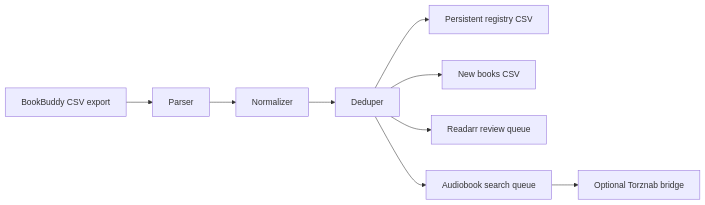
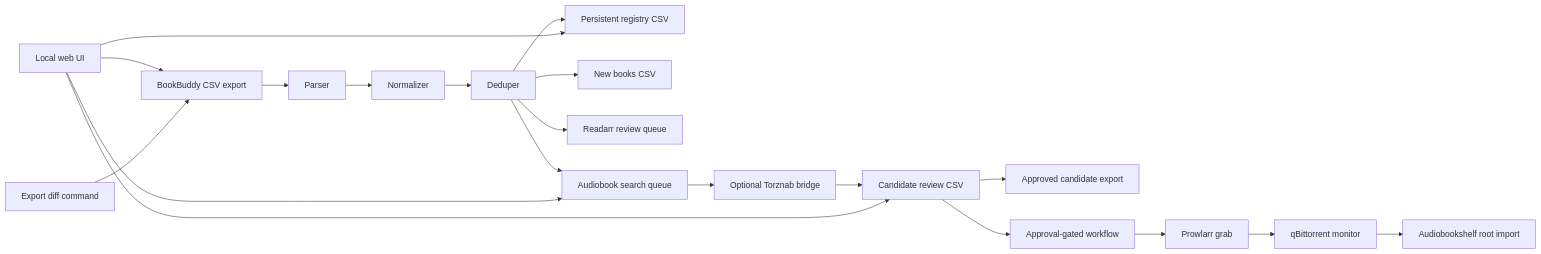
The diagram in docs/architecture.md (Nassau-1/BookBuddARR), drawn with Mermaid before and after one commit. The commit also changed other lines of this file and 32 other files, not shown here.

Commit message:
Add approval-gated Docker workflow

````diff
--- a/docs/architecture.md
+++ b/docs/architecture.md
@@ -5,11 +5,22 @@
 ```mermaid
 flowchart LR
   A["BookBuddy CSV export"] --> B["Parser"]
   B --> C["Normalizer"]
   C --> D["Deduper"]
   D --> E["Persistent registry CSV"]
   D --> F["New books CSV"]
   D --> G["Readarr review queue"]
   D --> H["Audiobook search queue"]
   H --> I["Optional Torznab bridge"]
+  I --> J["Candidate review CSV"]
+  J --> L["Approved candidate export"]
+  J --> N["Approval-gated workflow"]
+  N --> O["Prowlarr grab"]
+  O --> P["qBittorrent monitor"]
+  P --> Q["Audiobookshelf root import"]
+  K["Local web UI"] --> A
+  K --> E
+  K --> H
+  K --> J
+  M["Export diff command"] --> A
 ```
````
